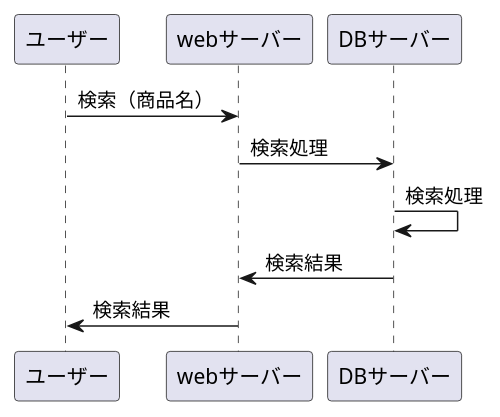
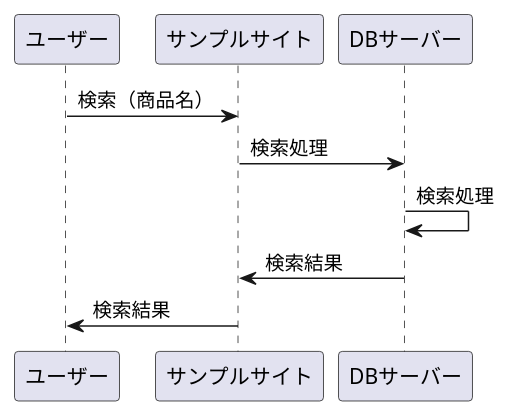
One commit to Aso2001140/2012sys-design changed the diagram in 8_02.md. Above: the diagram before and after it, drawn with PlantUML.

````diff
--- a/8_02.md
+++ b/8_02.md
@@ -1,9 +1,9 @@
 ```uml
 @startuml
-ユーザー -> webサーバー : 検索（商品名）
-webサーバー -> DBサーバー : 検索処理
+ユーザー -> サンプルサイト : 検索（商品名）
+サンプルサイト -> DBサーバー : 検索処理
 DBサーバー -> DBサーバー : 検索処理
-DBサーバー -> webサーバー : 検索結果
-webサーバー -> ユーザー : 検索結果
+DBサーバー -> サンプルサイト : 検索結果
+サンプルサイト -> ユーザー : 検索結果
 @enduml
 ```
````
